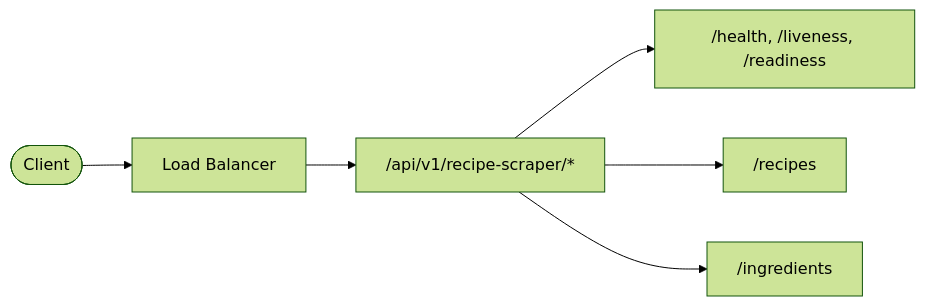
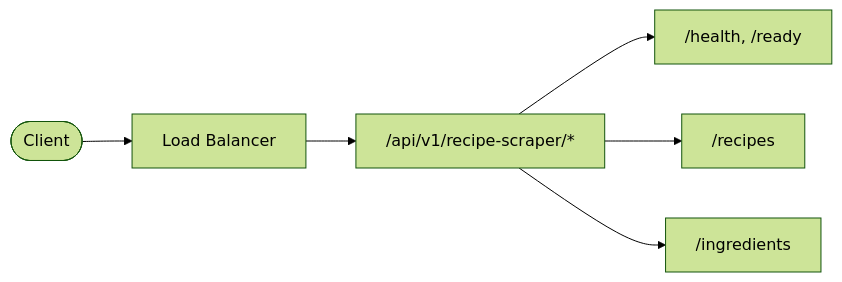
One commit to Recipe-Web-App/recipe-scraper-service changed the first of 5 diagrams in docs/api.md. Above: the diagram before and after it, drawn with Mermaid (forest theme). The commit also changed other lines of this file and 1 other file, not shown here.

Commit message:
docs(rewrite): removed unneeded liveness endpoint from API docs

````diff
--- a/docs/api.md
+++ b/docs/api.md
@@ -20,8 +20,8 @@
 ```mermaid
 flowchart LR
     Client([Client]) --> LB[Load Balancer]
     LB --> API["/api/v1/recipe-scraper/*"]
-    API --> Health["/health, /liveness, /readiness"]
+    API --> Health["/health, /ready"]
     API --> Recipes["/recipes"]
     API --> Ingredients["/ingredients"]
 ```
````
